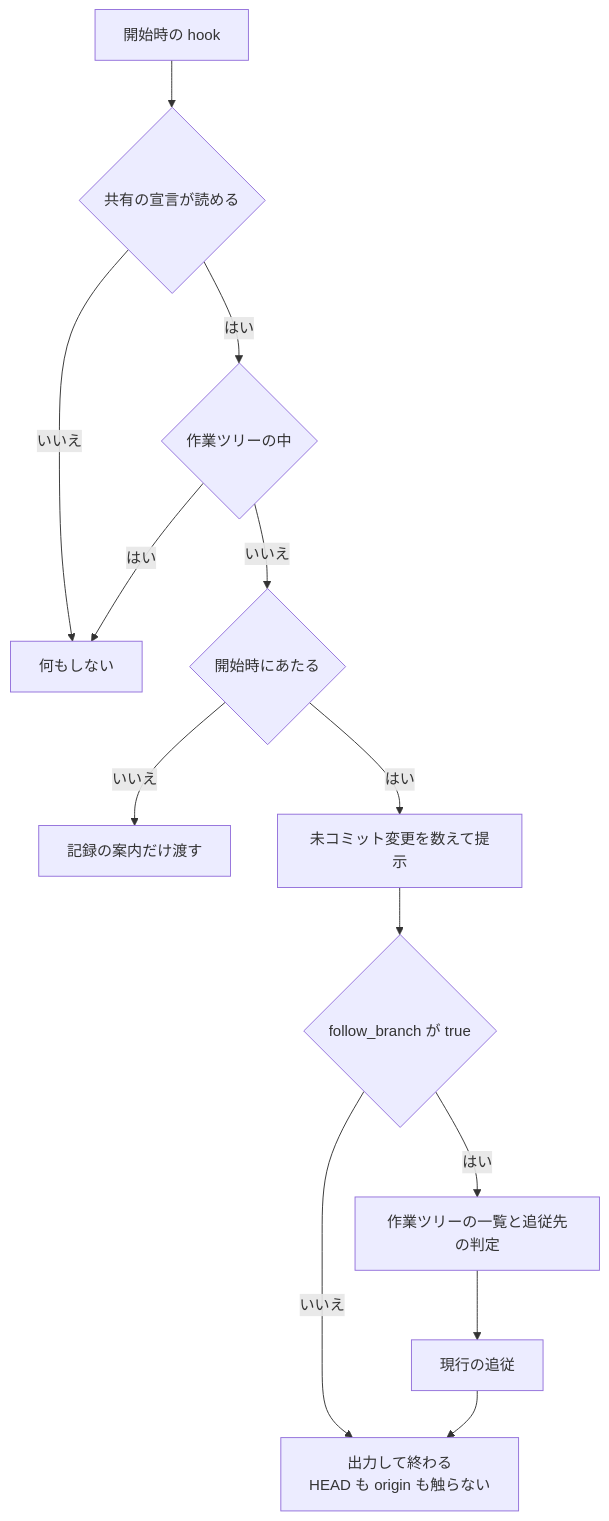
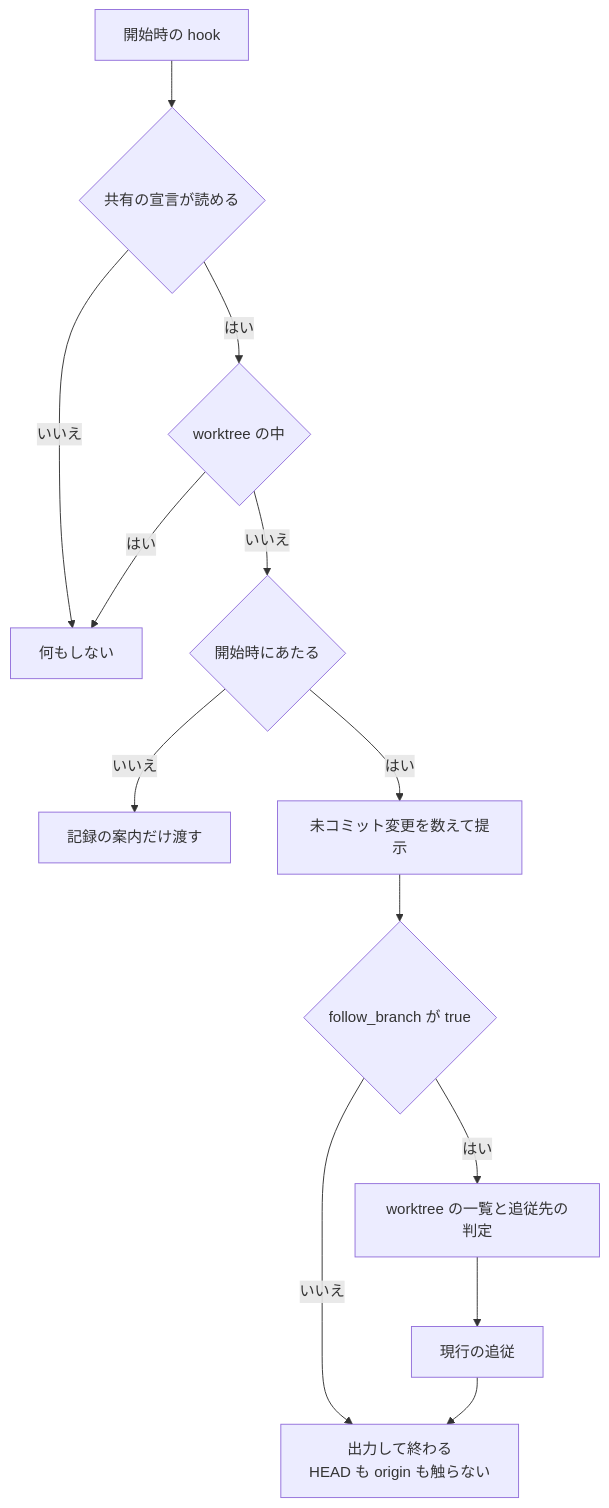
One commit to devbasex/ai-plugins changed the second of 2 diagrams in docs/specifications/ndf-worktree-declaration-and-entry-points.md. Above: the diagram before and after it, drawn with Mermaid. The commit also changed other lines of this file and 1 other file, not shown here.

Commit message:
docs: #1166 の改名を待ち方と worktree 運用の仕様へ当てる

````diff
--- a/docs/specifications/ndf-worktree-declaration-and-entry-points.md
+++ b/docs/specifications/ndf-worktree-declaration-and-entry-points.md
@@ -239,15 +239,15 @@
 ```mermaid
 graph TD
     A[開始時の hook] --> B{共有の宣言が読める}
     B -->|いいえ| Z[何もしない]
-    B -->|はい| C{作業ツリーの中}
+    B -->|はい| C{worktree の中}
     C -->|はい| Z
     C -->|いいえ| D{開始時にあたる}
     D -->|いいえ| P[記録の案内だけ渡す]
     D -->|はい| E[未コミット変更を数えて提示]
     E --> F{follow_branch が true}
     F -->|いいえ| O[出力して終わる<br/>HEAD も origin も触らない]
-    F -->|はい| G[作業ツリーの一覧と追従先の判定]
+    F -->|はい| G[worktree の一覧と追従先の判定]
     G --> H[現行の追従]
     H --> O
 ```
````
